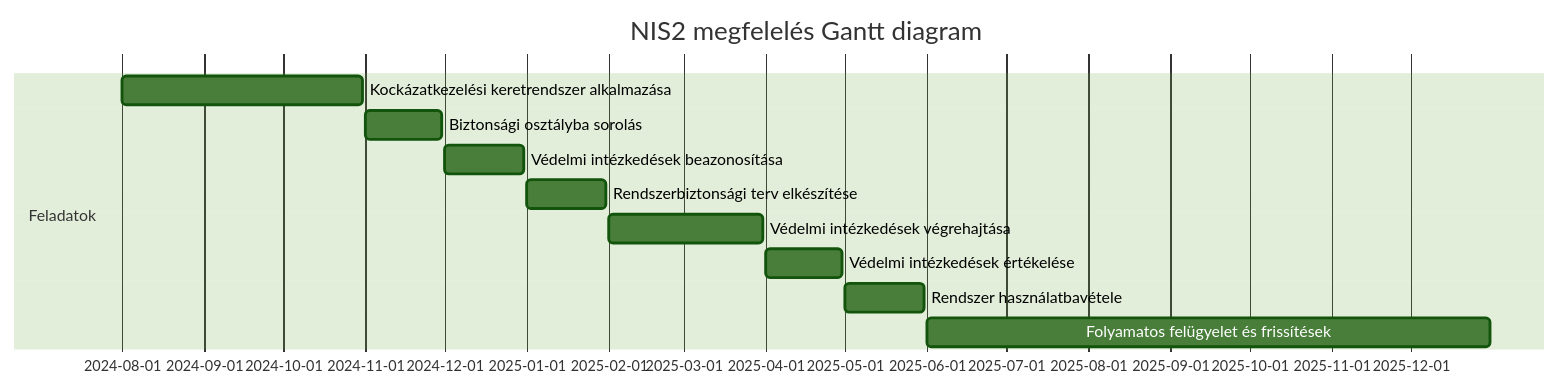
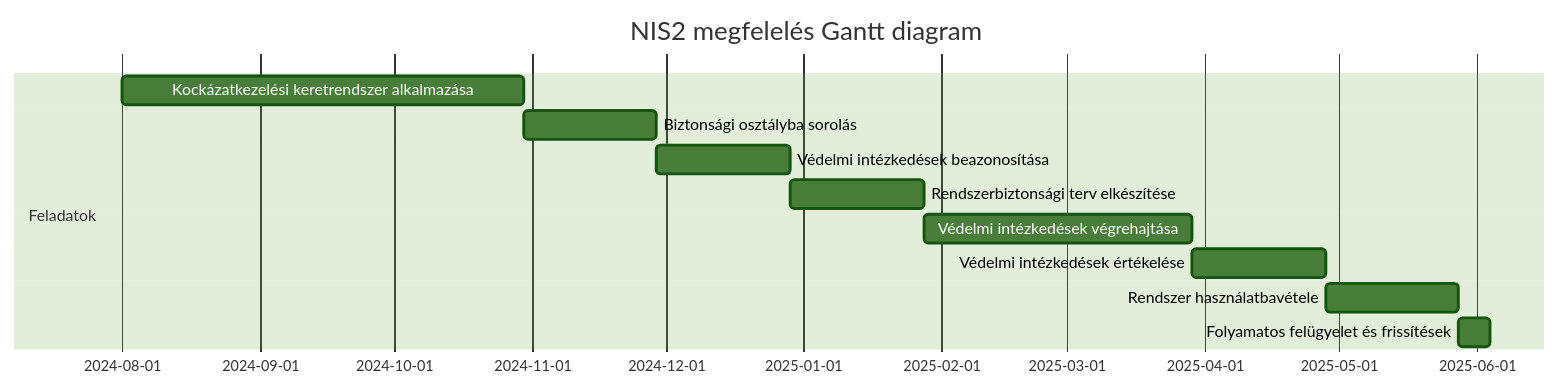
One commit to Lensver65/NIS2-keretrendszer changed the first of 3 diagrams in NIS2-Mermaid.md. Above: the diagram before and after it, drawn with Mermaid (forest theme). The commit also changed other lines of this file, not shown here.

````diff
--- a/NIS2-Mermaid.md
+++ b/NIS2-Mermaid.md
@@ -1,14 +1,14 @@
 ```mermaid
 gantt
     title NIS2 megfelelés Gantt diagram
     dateFormat  YYYY-MM-DD
     section Feladatok
-    Kockázatkezelési keretrendszer alkalmazása :2024-08-01, 2024-10-31
-    Biztonsági osztályba sorolás :2024-11-01, 2024-11-30
-    Védelmi intézkedések beazonosítása :2024-12-01, 2024-12-31
-    Rendszerbiztonsági terv elkészítése :2025-01-01, 2025-01-31
-    Védelmi intézkedések végrehajtása :2025-02-01, 2025-03-31
-    Védelmi intézkedések értékelése :2025-04-01, 2025-04-30
-    Rendszer használatbavétele :2025-05-01, 2025-05-31
-    Folyamatos felügyelet és frissítések :2025-06-01, 2025-12-31
+    Kockázatkezelési keretrendszer alkalmazása :T1, 2024-08-01, 90d
+    Biztonsági osztályba sorolás :T2, after T1, 30d
+    Védelmi intézkedések beazonosítása :T3, after T2, 30d
+    Rendszerbiztonsági terv elkészítése :T4, after T3, 30d
+    Védelmi intézkedések végrehajtása :T5, after T4, 60d
+    Védelmi intézkedések értékelése :T6, after T5, 30d
+    Rendszer használatbavétele :T7, after T6, 30d
+    Folyamatos felügyelet és frissítések :T8, after T7, 7d
 ```
````
